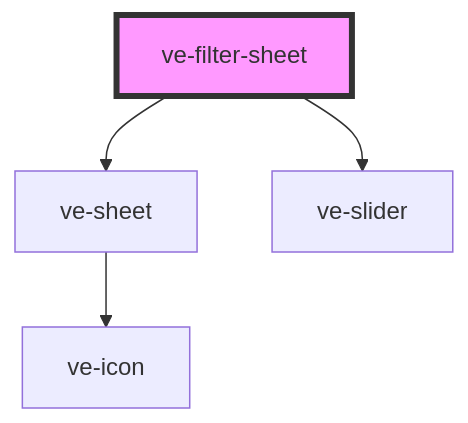
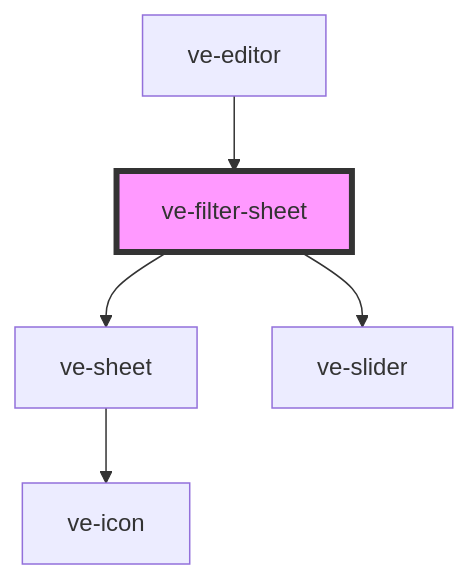
One commit to dotnetdreamer/capacitor-video-kit changed the diagram in src/components/ve-filter-sheet/readme.md. Above: the diagram before and after it, drawn with Mermaid. The commit also changed other lines of this file and 38 other files, not shown here.

````diff
--- a/src/components/ve-filter-sheet/readme.md
+++ b/src/components/ve-filter-sheet/readme.md
@@ -30,7 +34,8 @@
 ```mermaid
 graph TD;
   ve-filter-sheet --> ve-sheet
   ve-filter-sheet --> ve-slider
   ve-sheet --> ve-icon
+  ve-editor --> ve-filter-sheet
   style ve-filter-sheet fill:#f9f,stroke:#333,stroke-width:4px
 ```
````
